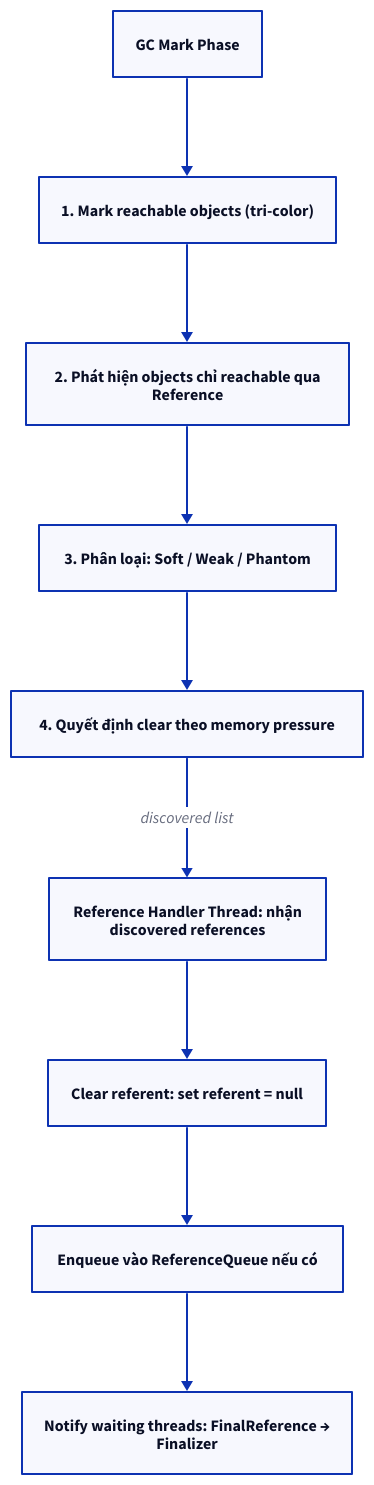
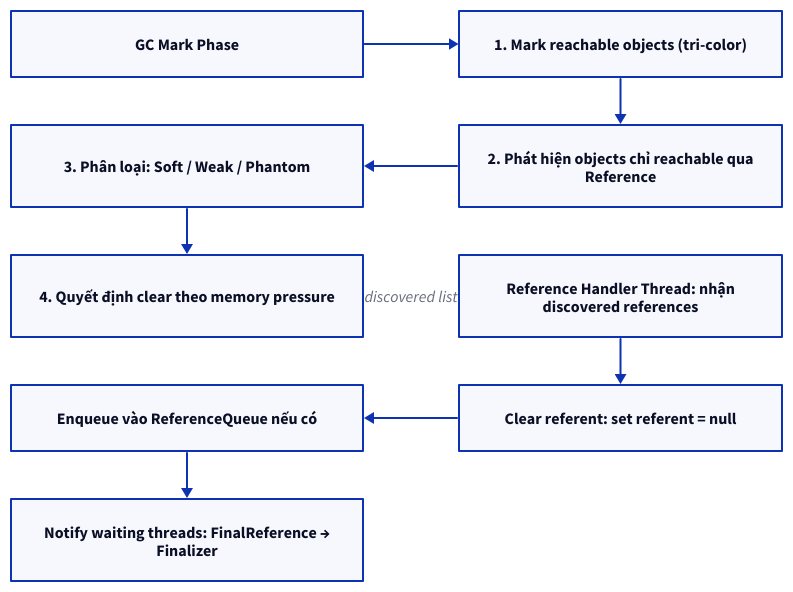
Before and after one commit to vanhiep99w/java-learn: the sixth of 11 diagrams in content/docs/jvm/memory-leak.md, drawn with D2. The commit also changed other lines of this file and 62 other files, not shown here.

Commit message:
feat(docs): upgrade docs-kit and optimize diagram layouts

````diff
--- a/content/docs/jvm/memory-leak.md
+++ b/content/docs/jvm/memory-leak.md
@@ -306,15 +306,23 @@
 ```d2 title="6.1. Reference Handler Thread"
-direction: down
+grid-rows: 5
+grid-columns: 2
+horizontal-gap: 96
+vertical-gap: 48
 mark: "GC Mark Phase"
 reachable: "1. Mark reachable objects (tri-color)"
+classify: "3. Phân loại: Soft / Weak / Phantom"
 reference: "2. Phát hiện objects chỉ reachable qua\nReference"
-classify: "3. Phân loại: Soft / Weak / Phantom"
 clear: "4. Quyết định clear theo memory pressure"
 handler: "Reference Handler Thread: nhận\ndiscovered references"
+queue: "Enqueue vào ReferenceQueue nếu có"
 nullref: "Clear referent: set referent = null"
-queue: "Enqueue vào ReferenceQueue nếu có"
 notify: "Notify waiting threads: FinalReference →\nFinalizer"
-mark -> reachable -> reference -> classify -> clear
+mark -> reachable
+reachable -> reference
+reference -> classify
+classify -> clear
 clear -> handler: "discovered list"
-handler -> nullref -> queue -> notify
+handler -> nullref
+nullref -> queue
+queue -> notify
 ```
````
